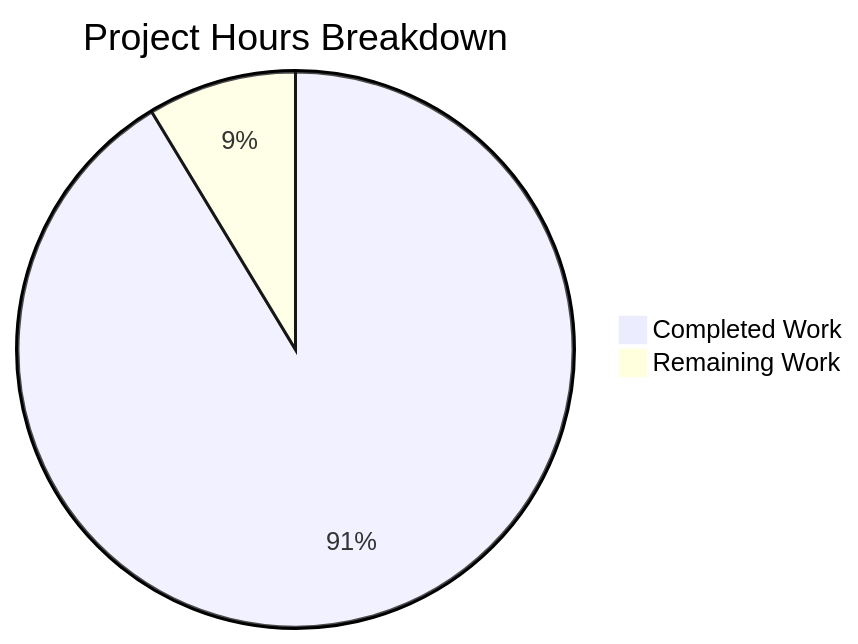
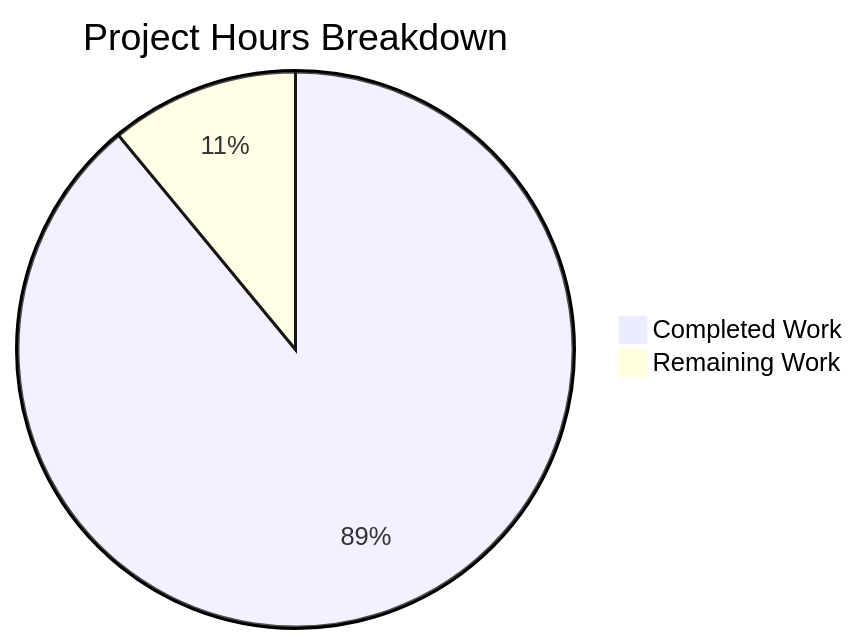
One commit to blitzy-public-samples/blitzy-kubernetes changed the second of 2 diagrams in blitzy/documentation/Project Guide.md. Above: the diagram before and after it, drawn with Mermaid. The commit also changed other lines of this file, not shown here.

Commit message:
Adding Blitzy Project Guide: Project Status and Human Tasks Remaining

````diff
--- a/blitzy/documentation/Project Guide.md
+++ b/blitzy/documentation/Project Guide.md
@@ -190,5 +174,5 @@
 ```mermaid
 pie title Project Hours Breakdown
-    "Completed Work" : 116
-    "Remaining Work" : 11
+    "Completed Work" : 162
+    "Remaining Work" : 20
 ```
````
